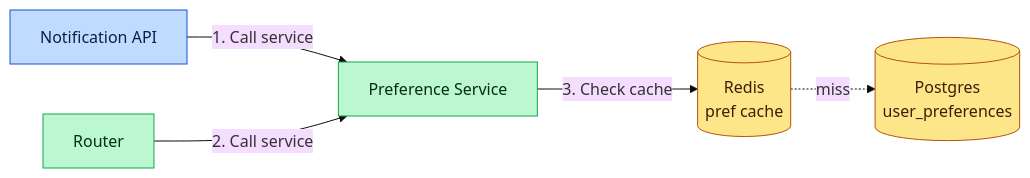
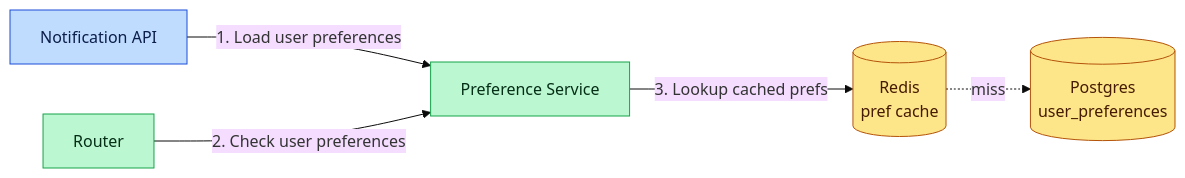
Before and after one commit to iluzn/HLD-Designs: the fourth of 16 diagrams in content/hld/NotificationSystem.md, drawn with Mermaid (base theme). The commit also changed other lines of this file and 27 other files, not shown here.

````diff
--- a/content/hld/NotificationSystem.md
+++ b/content/hld/NotificationSystem.md
@@ -378,17 +378,17 @@
 ```mermaid
 flowchart LR
     API["Notification API"]:::edge
     ROUTE["Router"]:::service
     PREFS["Preference Service"]:::service
     PREFDB[("Postgres<br/>user_preferences")]:::data
     PREFCACHE[("Redis<br/>pref cache")]:::data
 
-    API -->|"1. Call service"| PREFS
-    ROUTE -->|"2. Call service"| PREFS
-    PREFS -->|"3. Check cache"| PREFCACHE
+    API -->|"1. Load user preferences"| PREFS
+    ROUTE -->|"2. Check user preferences"| PREFS
+    PREFS -->|"3. Lookup cached prefs"| PREFCACHE
     PREFCACHE -. miss .-> PREFDB
 
     classDef edge fill:#bfdbfe,stroke:#1d4ed8,color:#0c1f4a
     classDef service fill:#bbf7d0,stroke:#16a34a,color:#052e16
     classDef data fill:#fde68a,stroke:#b45309,color:#451a03
 ```
````
